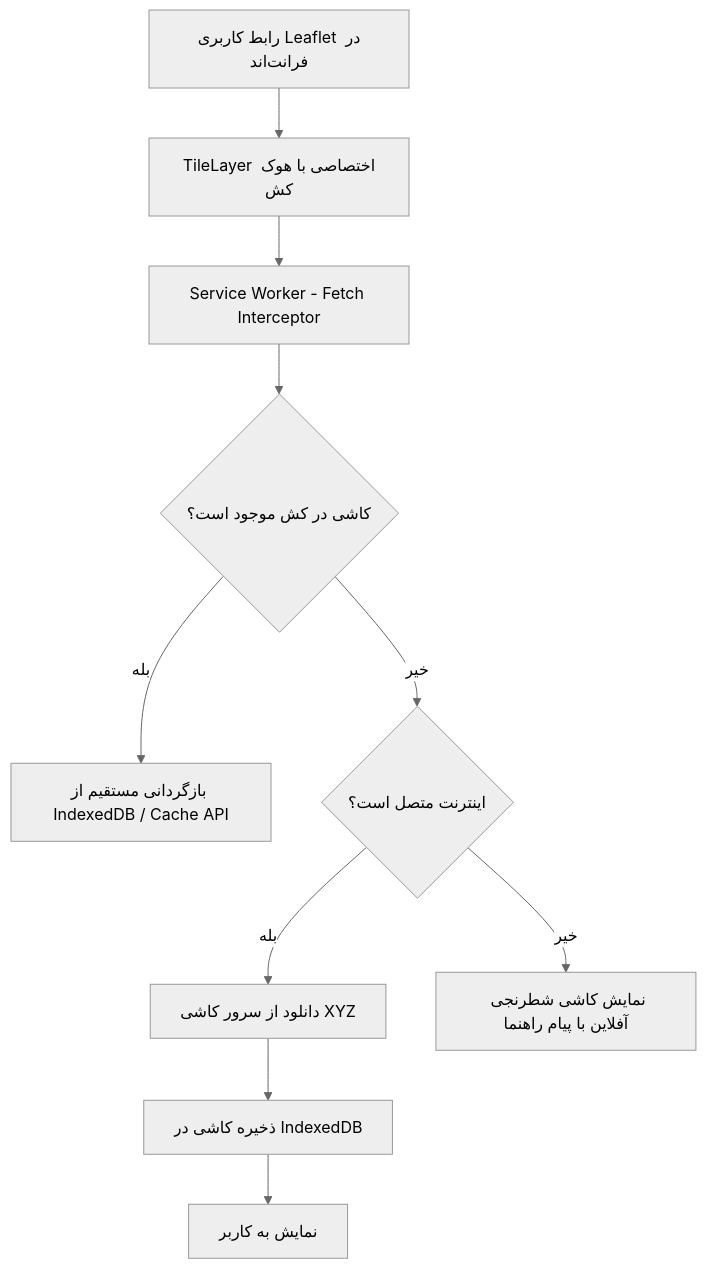
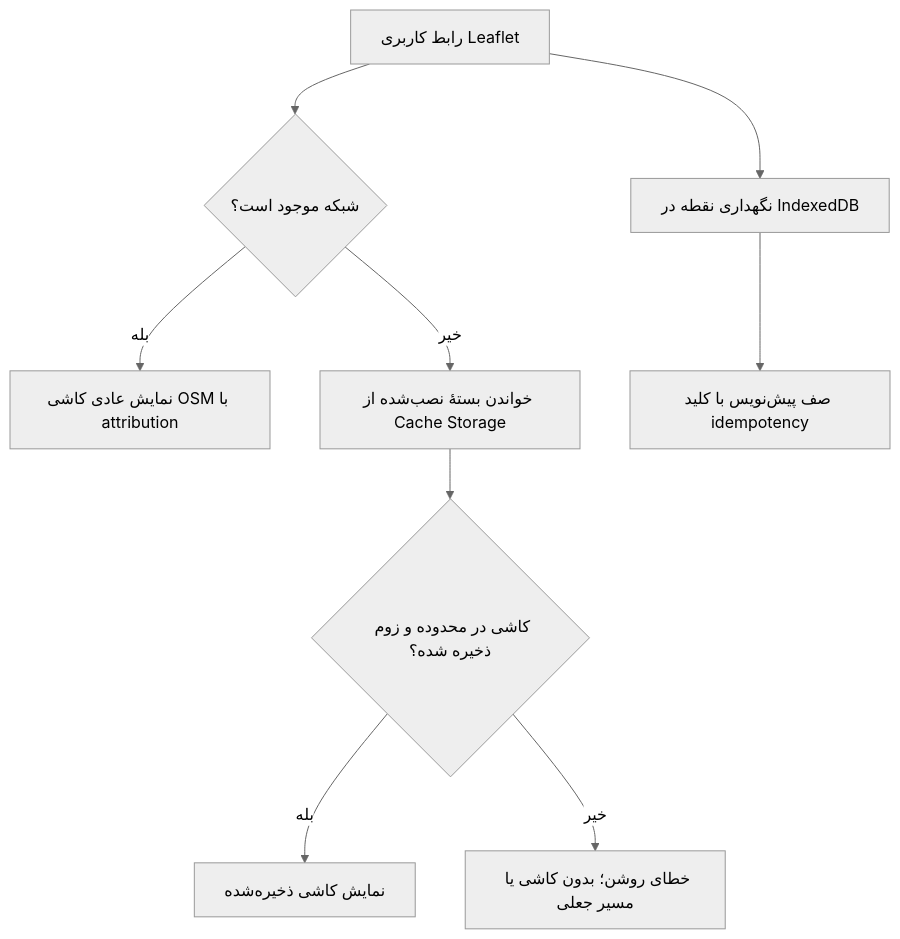
The diagram in docs/maps/offline-strategy.md (samanstoic/kelideto), drawn with Mermaid (neutral theme) before and after one commit. The commit also changed other lines of this file and 188 other files, not shown here.

````diff
--- a/docs/maps/offline-strategy.md
+++ b/docs/maps/offline-strategy.md
@@ -30,10 +33,11 @@
 ```mermaid
 graph TD
-    UserUI[رابط کاربری Leaflet در فرانت‌اند] --> TileLayer[TileLayer اختصاصی با هوک کش]
-    TileLayer --> SW[Service Worker - Fetch Interceptor]
-    SW --> CheckCache{کاشی در کش موجود است؟}
-    CheckCache -->|بله| ReturnCache[بازگردانی مستقیم از IndexedDB / Cache API]
-    CheckCache -->|خیر| CheckNet{اینترنت متصل است؟}
-    CheckNet -->|بله| FetchTile[دانلود از سرور کاشی XYZ] --> SaveCache[ذخیره کاشی در IndexedDB] --> ReturnTile[نمایش به کاربر]
-    CheckNet -->|خیر| FallbackTile[نمایش کاشی شطرنجی آفلاین با پیام راهنما]
+    UserUI[رابط کاربری Leaflet] --> Network{شبکه موجود است؟}
+    Network -->|بله| OSMOnline[نمایش عادی کاشی OSM با attribution]
+    Network -->|خیر| LocalTiles[خواندن بستهٔ نصب‌شده از Cache Storage]
+    LocalTiles --> Covered{کاشی در محدوده و زوم ذخیره شده؟}
+    Covered -->|بله| Render[نمایش کاشی ذخیره‌شده]
+    Covered -->|خیر| Missing[خطای روشن؛ بدون کاشی یا مسیر جعلی]
+    UserUI --> LocalPoint[نگهداری نقطه در IndexedDB]
+    LocalPoint --> Sync[صف پیش‌نویس با کلید idempotency]
 ```
````
